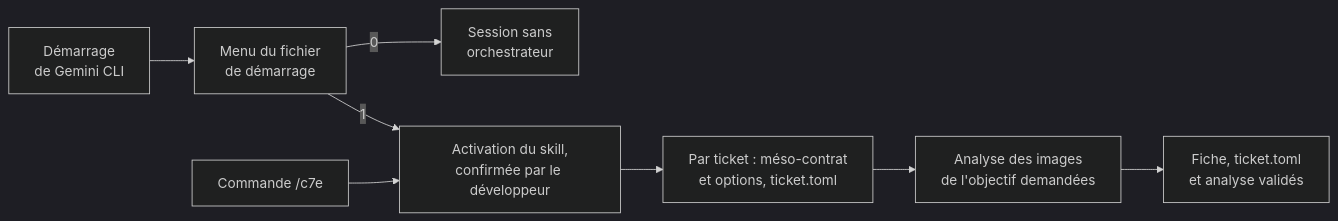
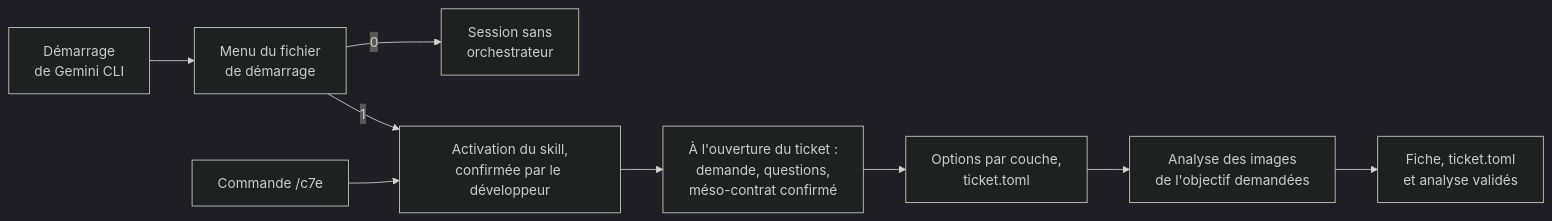
The diagram in docs/orchestrateur-c7e/mode-emploi.md (FredGarcia/Agent2Prompt), drawn with Mermaid (dark theme) before and after one commit. The commit also changed other lines of this file and 10 other files, not shown here.

First line of the commit message:
spec(orchestrateur-c7e): version 3.3.0, qualification de chaque ticket à son ouverture

````diff
--- a/docs/orchestrateur-c7e/mode-emploi.md
+++ b/docs/orchestrateur-c7e/mode-emploi.md
@@ -119,10 +121,11 @@
 ```mermaid
 flowchart LR
   L["Démarrage<br/>de Gemini CLI"] --> M["Menu du fichier<br/>de démarrage"]
   M -- "0" --> S["Session sans<br/>orchestrateur"]
   M -- "1" --> A["Activation du skill,<br/>confirmée par le développeur"]
   C["Commande /c7e"] --> A
-  A --> K["Par ticket : méso-contrat<br/>et options, ticket.toml"]
+  A --> Q["À l'ouverture du ticket :<br/>demande, questions,<br/>méso-contrat confirmé"]
+  Q --> K["Options par couche,<br/>ticket.toml"]
   K --> I["Analyse des images<br/>de l'objectif demandées"]
   I --> V["Fiche, ticket.toml<br/>et analyse validés"]
 ```
````
